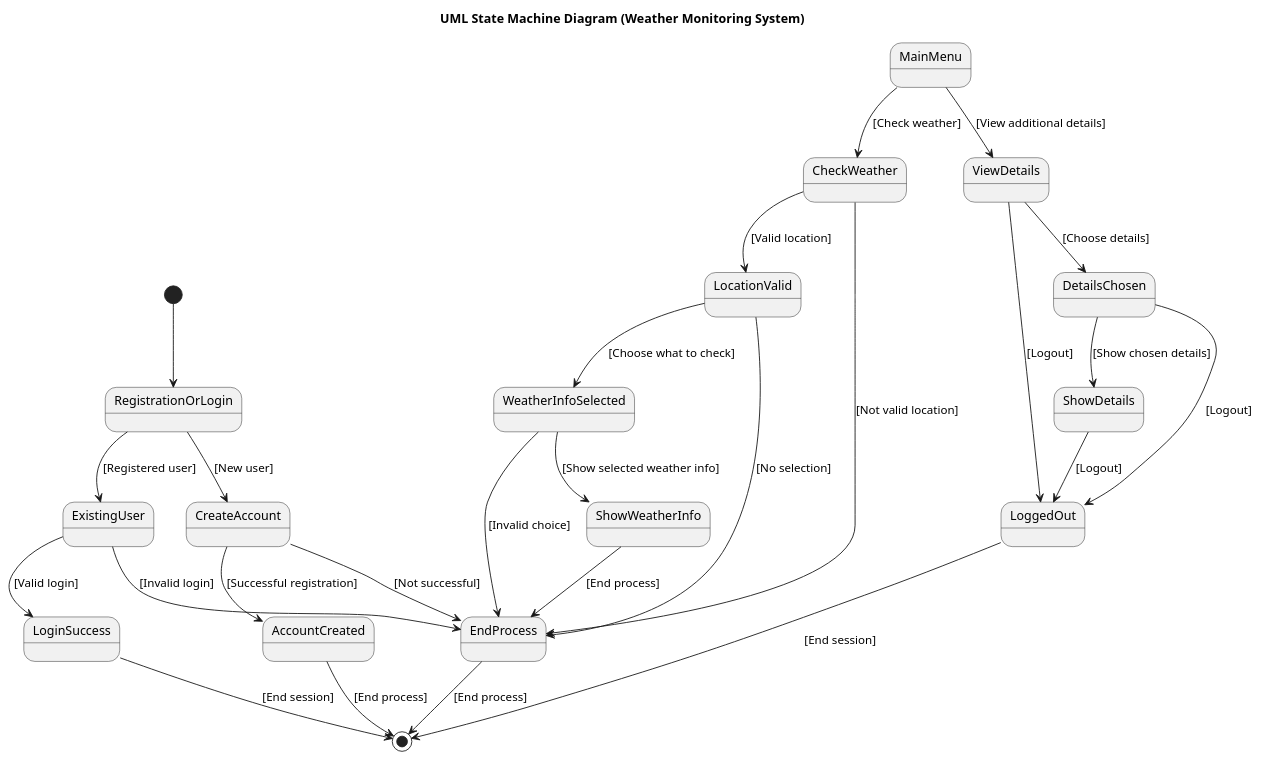
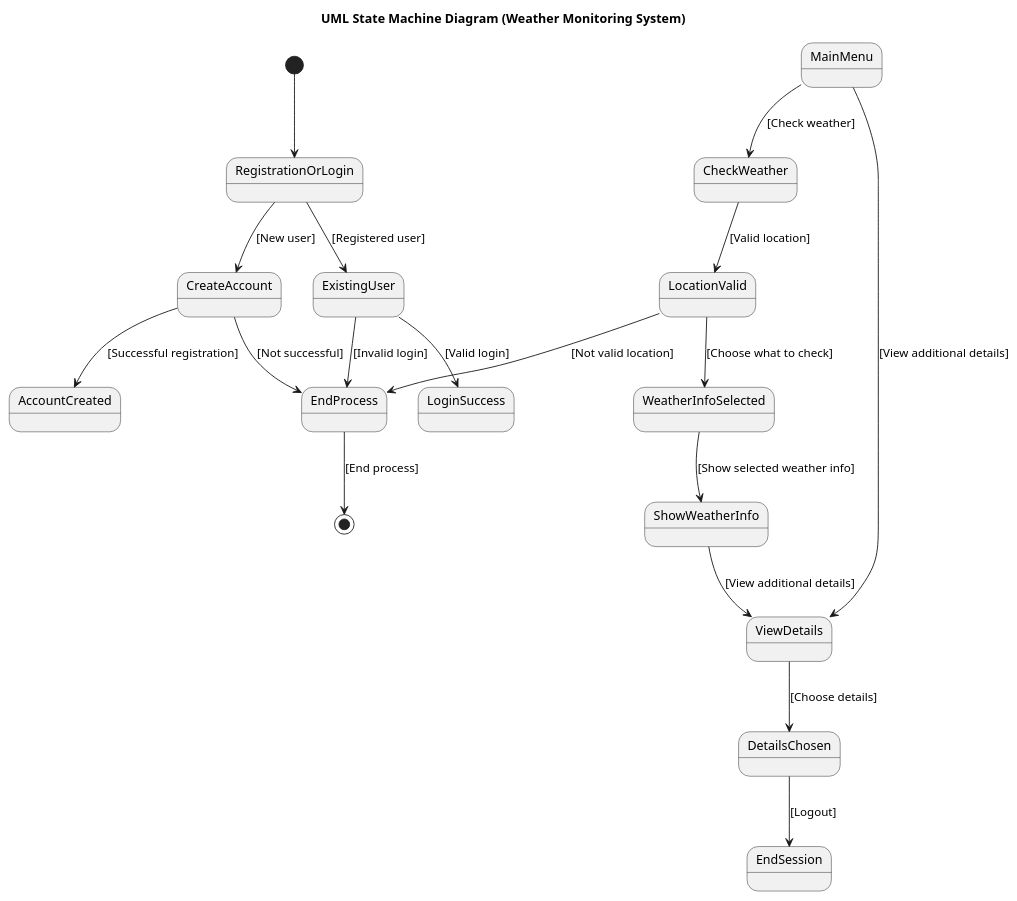
One commit to maimunafaria/State_transition_Diagram_generated_by_LLM changed the diagram in results/plantuml_pipeline_run2/runs/open_source__qwen25_7b_instruct__rag_validation_generator_critic_repair/case_16_weather_monitoring_system/run_01.repair_04.puml. Above: the diagram before and after it, drawn with PlantUML. The commit also changed 148 other files, not shown here.

```diff
--- a/results/plantuml_pipeline_run2/runs/open_source__qwen25_7b_instruct__rag_validation_generator_critic_repair/case_16_weather_monitoring_system/run_01.repair_04.puml
+++ b/results/plantuml_pipeline_run2/runs/open_source__qwen25_7b_instruct__rag_validation_generator_critic_repair/case_16_weather_monitoring_system/run_01.repair_04.puml
@@ -1,60 +1,36 @@
 @startuml
 title UML State Machine Diagram (Weather Monitoring System)
 
 [*] --> RegistrationOrLogin
 
 state RegistrationOrLogin <<choice>>
 RegistrationOrLogin --> CreateAccount : [New user]
 RegistrationOrLogin --> ExistingUser : [Registered user]
 
 state CreateAccount
 CreateAccount --> AccountCreated : [Successful registration]
 CreateAccount --> EndProcess : [Not successful]
 
 state ExistingUser
 ExistingUser --> LoginSuccess : [Valid login]
 ExistingUser --> EndProcess : [Invalid login]
 
+state CheckWeather
+CheckWeather --> LocationValid : [Valid location]
+LocationValid --> WeatherInfoSelected : [Choose what to check]
+WeatherInfoSelected --> ShowWeatherInfo : [Show selected weather info]
+ShowWeatherInfo --> ViewDetails : [View additional details]
+ViewDetails --> DetailsChosen : [Choose details]
+DetailsChosen --> EndSession : [Logout]
+
+state LocationValid
+LocationValid --> EndProcess : [Not valid location]
+
 state MainMenu
 MainMenu --> CheckWeather : [Check weather]
 MainMenu --> ViewDetails : [View additional details]
 
-state CheckWeather
-CheckWeather --> LocationValid : [Valid location]
-CheckWeather --> EndProcess : [Not valid location]
-
-state LocationValid
-LocationValid --> WeatherInfoSelected : [Choose what to check]
-LocationValid --> EndProcess : [No selection]
-
-state WeatherInfoSelected
-WeatherInfoSelected --> ShowWeatherInfo : [Show selected weather info]
-WeatherInfoSelected --> EndProcess : [Invalid choice]
-
-state ViewDetails
-ViewDetails --> DetailsChosen : [Choose details]
-ViewDetails --> LoggedOut : [Logout]
-
-state DetailsChosen
-DetailsChosen --> ShowDetails : [Show chosen details]
-DetailsChosen --> LoggedOut : [Logout]
-
-state ShowWeatherInfo
-ShowWeatherInfo --> EndProcess : [End process]
-
-state ShowDetails
-ShowDetails --> LoggedOut : [Logout]
-
-state AccountCreated
-AccountCreated --> [*] : [End process]
-
-state LoginSuccess
-LoginSuccess --> [*] : [End session]
-
-state EndProcess
+state EndProcess <<terminal>>
 EndProcess --> [*] : [End process]
 
-state LoggedOut
-LoggedOut --> [*] : [End session]
-
 @enduml
```
